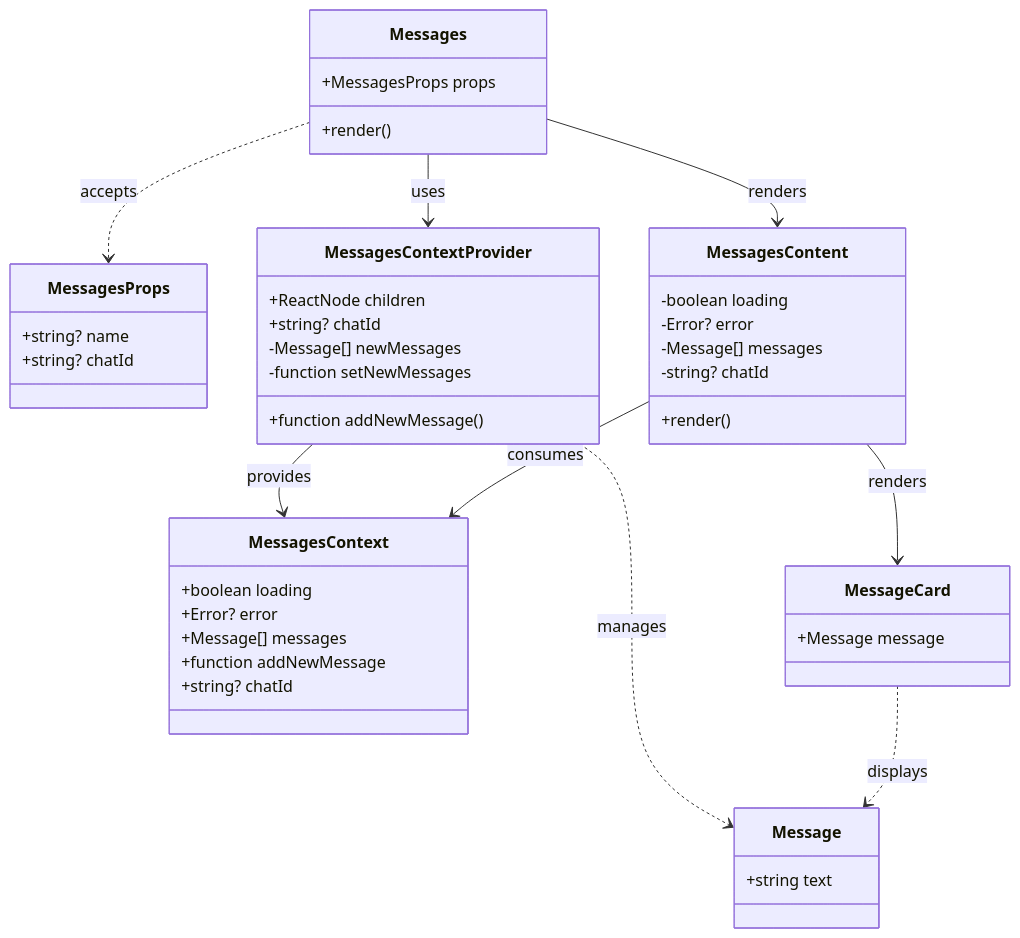
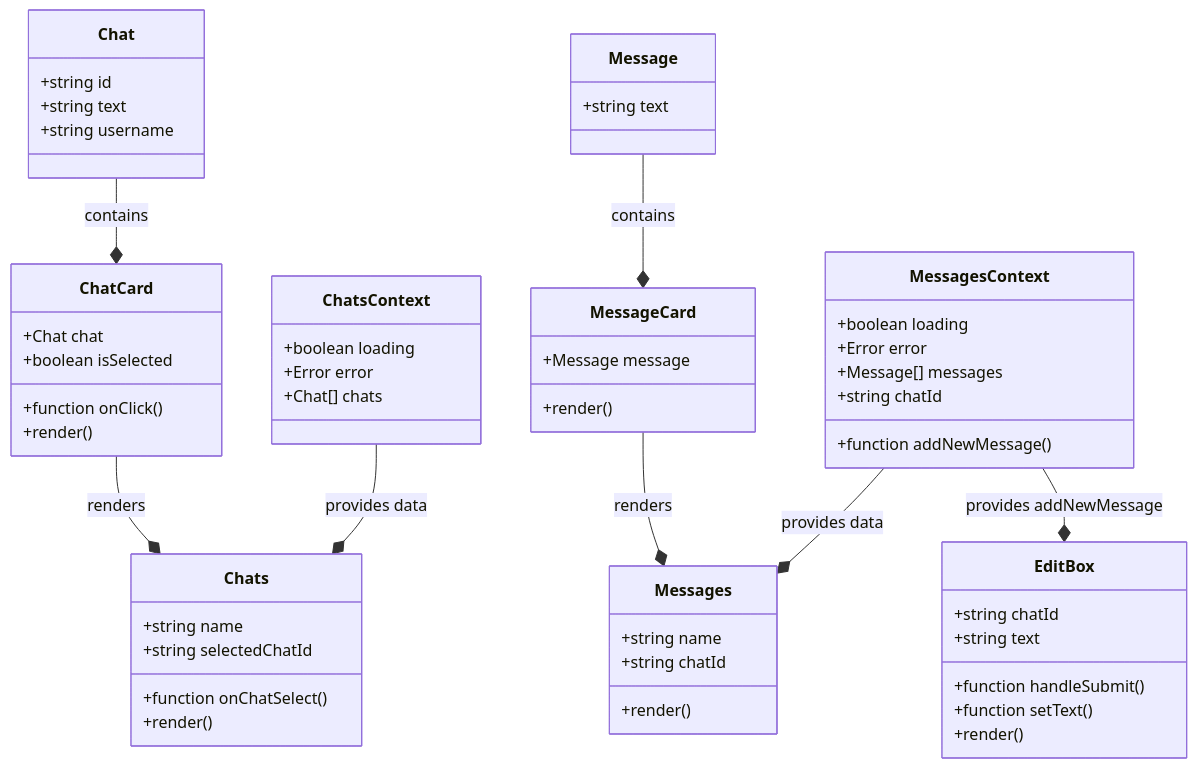
Before and after one commit to rmathew8-gh/ably-nextjs-trials: the diagram in app/roy3/README.md, drawn with Mermaid. The commit also changed other lines of this file and 1 other file, not shown here.

````diff
--- a/app/roy3/README.md
+++ b/app/roy3/README.md
@@ -45,53 +3,69 @@
 ```mermaid
+
 classDiagram
-    class Messages {
-        +MessagesProps props
+    class Chat {
+        +string id
+        +string text
+        +string username
+    }
+
+    class ChatCard {
+        +Chat chat
+        +boolean isSelected
+        +function onClick()
         +render()
     }
 
-    class MessagesProps {
-        +string? name
-        +string? chatId
+    class Chats {
+        +string name
+        +string selectedChatId
+        +function onChatSelect()
+        +render()
+    }
+
+    class ChatsContext {
+        +boolean loading
+        +Error error
+        +Chat[] chats
     }
 
     class Message {
         +string text
     }
 
-    class MessagesContext {
-        +boolean loading
-        +Error? error
-        +Message[] messages
-        +function addNewMessage
-        +string? chatId
-    }
-
-    class MessagesContextProvider {
-        +ReactNode children
-        +string? chatId
-        -Message[] newMessages
-        -function setNewMessages
-        +function addNewMessage()
-    }
-
-    class MessagesContent {
-        -boolean loading
-        -Error? error
-        -Message[] messages
-        -string? chatId
+    class MessageCard {
+        +Message message
         +render()
     }
 
-    class MessageCard {
-        +Message message
+    class Messages {
+        +string name
+        +string chatId
+        +render()
     }
 
-    Messages --> MessagesContextProvider : uses
-    Messages --> MessagesContent : renders
-    MessagesContextProvider --> MessagesContext : provides
-    MessagesContent --> MessageCard : renders
-    MessagesContent --> MessagesContext : consumes
-    MessagesContextProvider ..> Message : manages
-    Messages ..> MessagesProps : accepts
-    MessageCard ..> Message : displays
-```    
+    class MessagesContext {
+        +boolean loading
+        +Error error
+        +Message[] messages
+        +function addNewMessage()
+        +string chatId
+    }
+
+    class EditBox {
+        +string chatId
+        +string text
+        +function handleSubmit()
+        +function setText()
+        +render()
+    }
+
+    Chat --* ChatCard : contains
+    ChatCard --* Chats : renders
+    ChatsContext --* Chats : provides data
+    Message --* MessageCard : contains
+    MessageCard --* Messages : renders
+    MessagesContext --* Messages : provides data
+    MessagesContext --* EditBox : provides addNewMessage
+
+```
````
